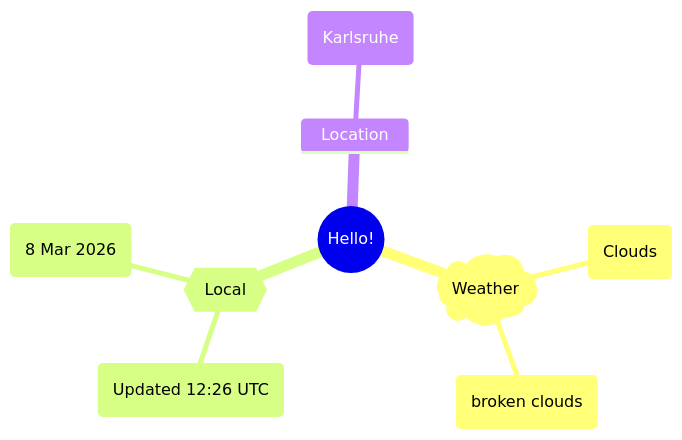
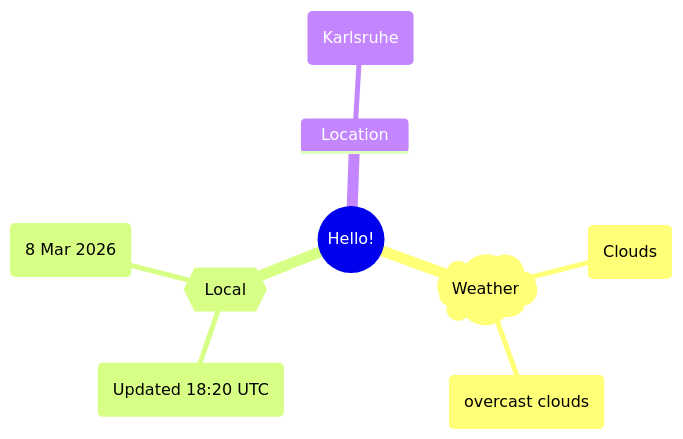
One commit to Xosrov/Xosrov changed the first of 2 diagrams in README.md. Above: the diagram before and after it, drawn with Mermaid.

Commit message:
[bot] updated images

````diff
--- a/README.md
+++ b/README.md
@@ -3,12 +3,12 @@
 ```mermaid
 mindmap
   root((Hello!))
     )Weather(
         (Clouds)
-        (broken clouds)
+        (overcast clouds)
     {{Local}}
-        (Updated 12:26 UTC)
+        (Updated 18:20 UTC)
         (8 Mar 2026)
     Location
         (Karlsruhe)
 ```
````
